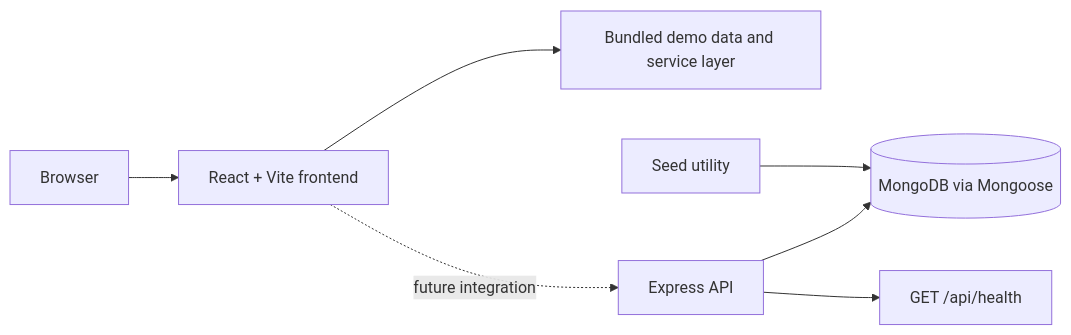
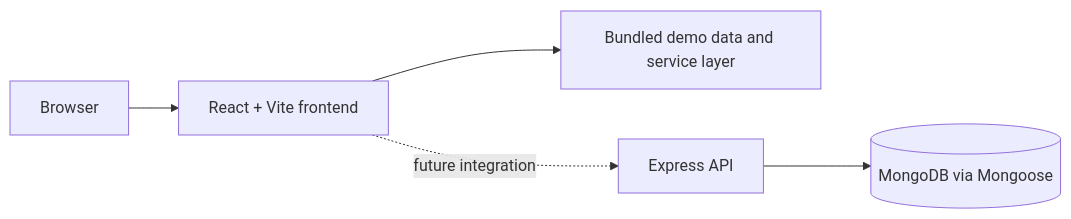
Before and after one commit to karkalashivareddy/DataBase-System-and-Distributed-Backend-Development: the diagram in README.md, drawn with Mermaid. The commit also changed other lines of this file and 5 other files, not shown here.

````diff
--- a/README.md
+++ b/README.md
@@ -21,9 +32,7 @@
 ```mermaid
 flowchart LR
     U[Browser] --> F[React + Vite frontend]
     F --> D[Bundled demo data and service layer]
     F -. future integration .-> A[Express API]
     A --> M[(MongoDB via Mongoose)]
-    A --> H[GET /api/health]
-    S[Seed utility] --> M
 ```
````
